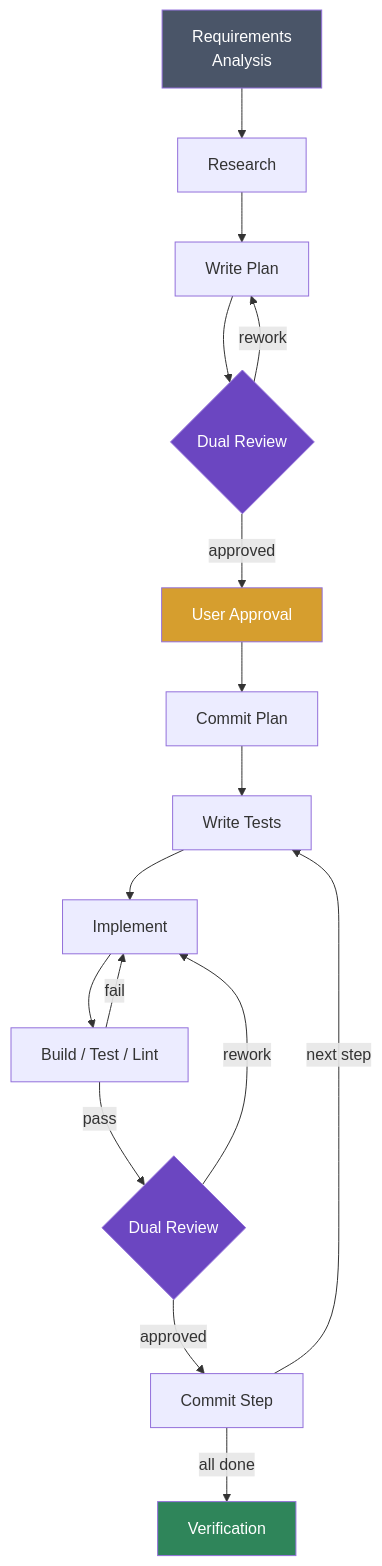
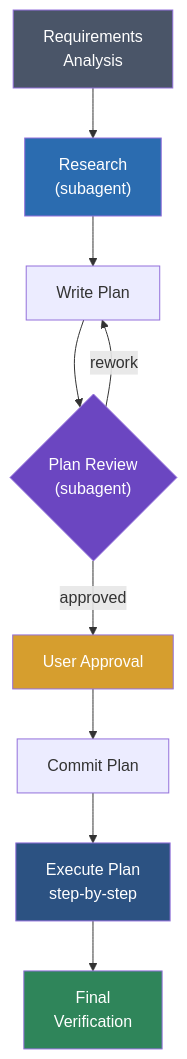
One commit to POPFD/claude-sweatshop changed the first of 2 diagrams in README.md. Above: the diagram before and after it, drawn with Mermaid. The commit also changed other lines of this file, not shown here.

First line of the commit message:
docs: Refresh README for orchestrator/subagent execution model

````diff
--- a/README.md
+++ b/README.md
@@ -76,25 +80,18 @@
 ```mermaid
 flowchart TD
-    A["Requirements\nAnalysis"] --> B["Research"]
+    A["Requirements<br/>Analysis"] --> B["Research<br/>(subagent)"]
     B --> C["Write Plan"]
-    C --> D{"Dual Review"}
+    C --> D{"Plan Review<br/>(subagent)"}
     D -->|rework| C
     D -->|approved| E["User Approval"]
     E --> F["Commit Plan"]
-
-    F --> G["Write Tests"]
-    G --> H["Implement"]
-    H --> I["Build / Test / Lint"]
-    I -->|fail| H
-    I -->|pass| J{"Dual Review"}
-    J -->|rework| H
-    J -->|approved| K["Commit Step"]
-    K -->|next step| G
-    K -->|all done| L["Verification"]
+    F --> G["Execute Plan<br/>step-by-step"]
+    G --> L["Final<br/>Verification"]
 
     style A fill:#4a5568,color:#fff
+    style B fill:#2b6cb0,color:#fff
+    style D fill:#6b46c1,color:#fff
+    style E fill:#d69e2e,color:#fff
+    style G fill:#2c5282,color:#fff
     style L fill:#2f855a,color:#fff
-    style D fill:#6b46c1,color:#fff
-    style J fill:#6b46c1,color:#fff
-    style E fill:#d69e2e,color:#fff
 ```
````
